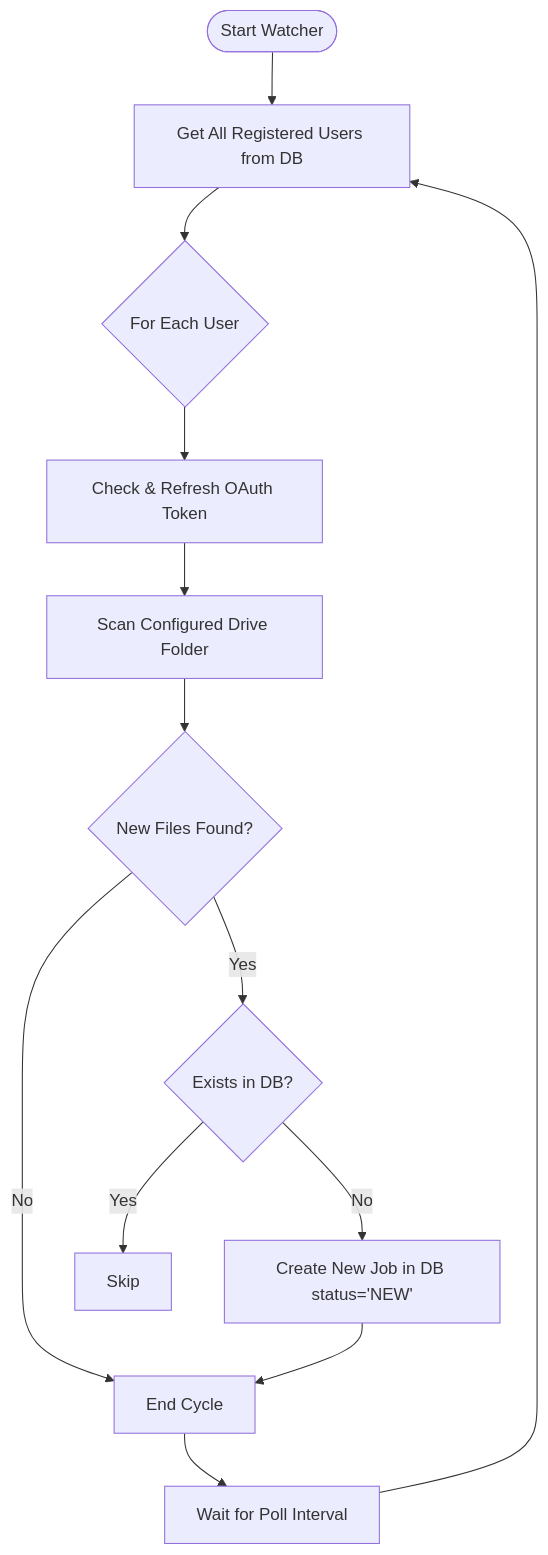
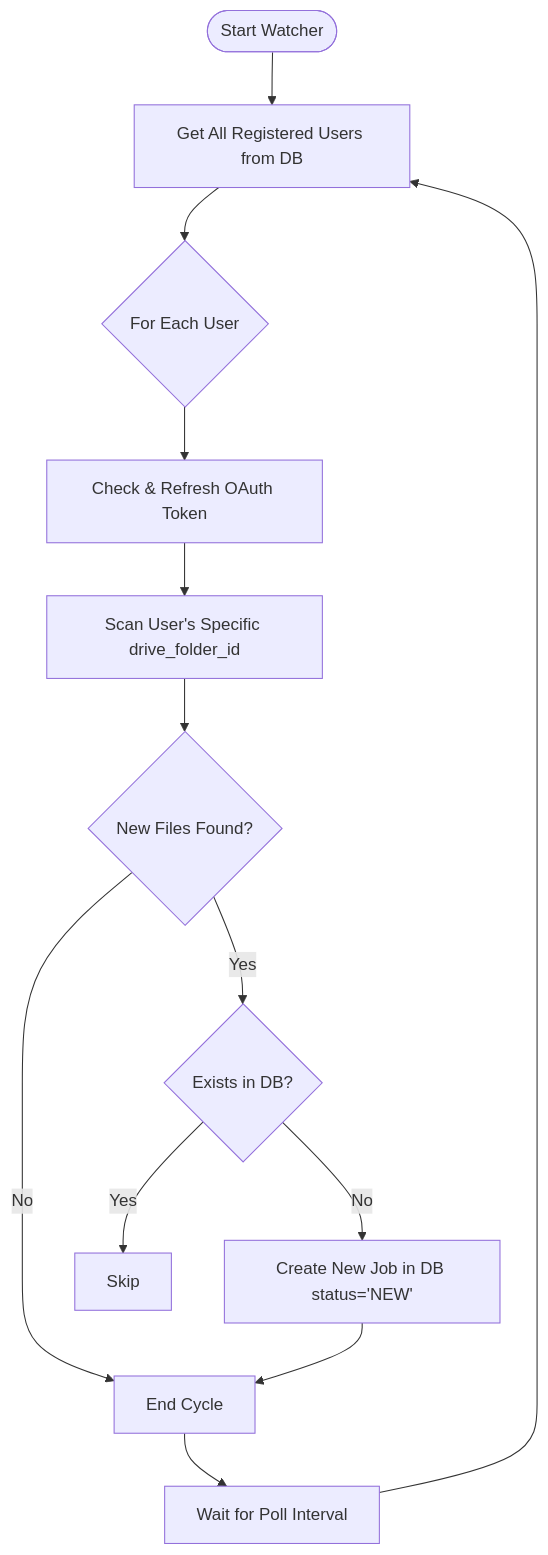
One commit to vinayak912002/AuditBot changed the diagram in diagrams/watcher_flow.md. Above: the diagram before and after it, drawn with Mermaid. The commit also changed 12 other files, not shown here.

````diff
--- a/diagrams/watcher_flow.md
+++ b/diagrams/watcher_flow.md
@@ -3,18 +3,18 @@
 ```mermaid
 graph TD
     Start([Start Watcher]) --> PollUsers[Get All Registered Users from DB]
     PollUsers --> ForEachUser{For Each User}
     ForEachUser --> RefreshToken[Check & Refresh OAuth Token]
-    RefreshToken --> ScanDrive[Scan Configured Drive Folder]
+    RefreshToken --> ScanDrive[Scan User's Specific drive_folder_id]
     ScanDrive --> NewFiles{New Files Found?}
     
     NewFiles -- Yes --> IdempotencyCheck{Exists in DB?}
     IdempotencyCheck -- No --> CreateJob[Create New Job in DB status='NEW']
     IdempotencyCheck -- Yes --> Skip[Skip]
     
     NewFiles -- No --> EndCycle[End Cycle]
     CreateJob --> EndCycle
     
     EndCycle --> Wait[Wait for Poll Interval]
     Wait --> PollUsers
 ```
````
